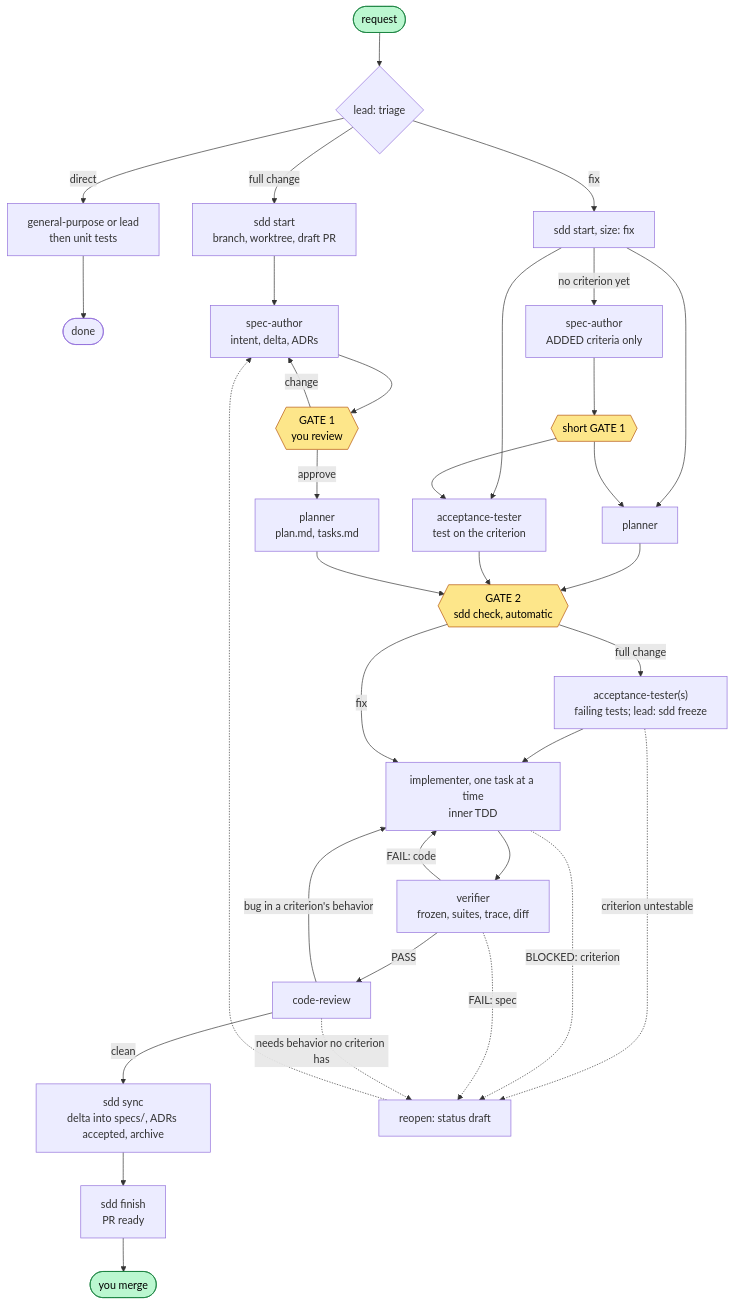
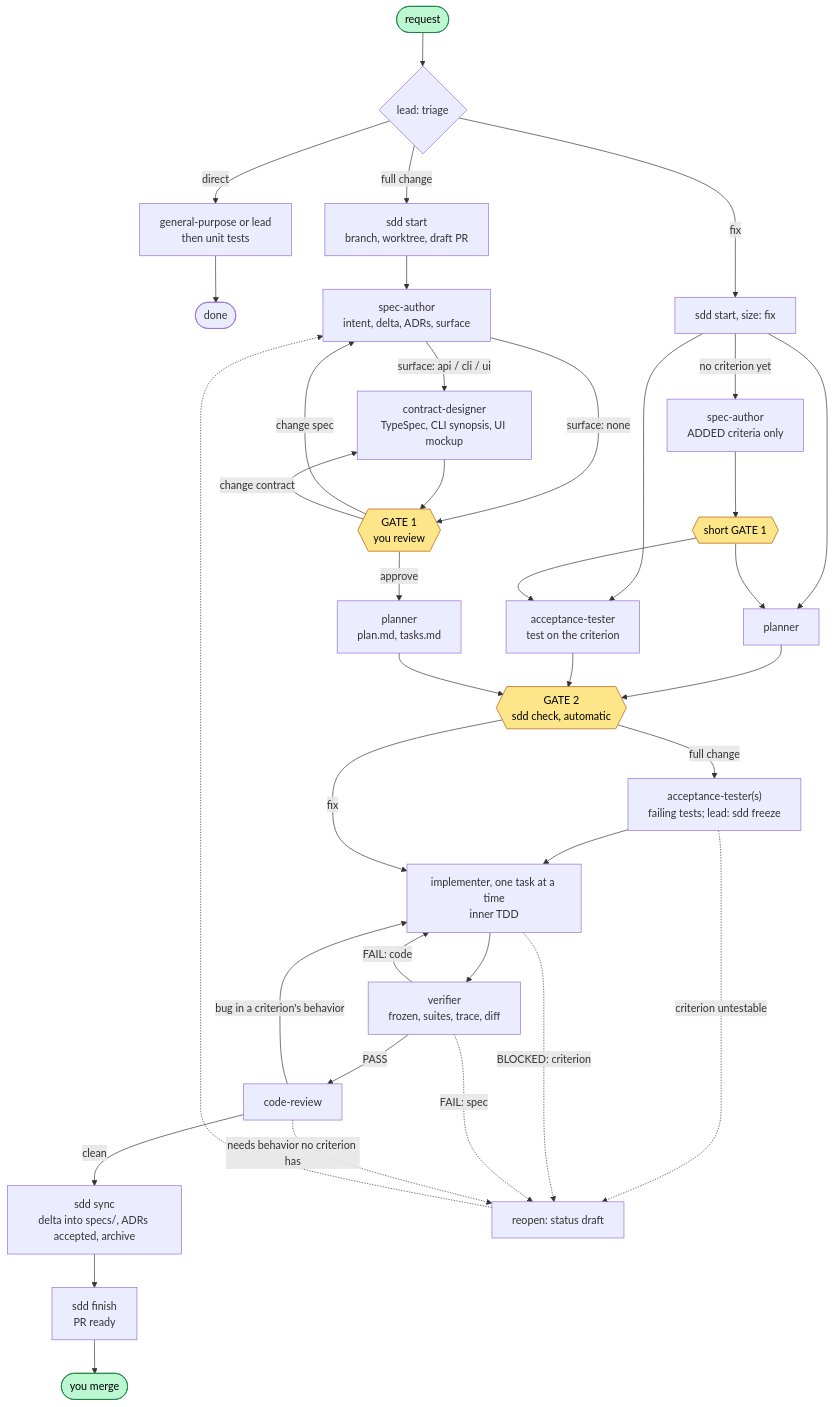
The diagram in plugins/meta/sdd/docs/explanation/workflow-overview.md (gpr/claude-plugins), drawn with Mermaid before and after one commit. The commit also changed other lines of this file and 37 other files, not shown here.

Commit message:
feat(sdd): contract step with TypeSpec API, CLI synopsis and UI mockup (#30)

````diff
--- a/plugins/meta/sdd/docs/explanation/workflow-overview.md
+++ b/plugins/meta/sdd/docs/explanation/workflow-overview.md
@@ -16,38 +16,41 @@
 ```mermaid
 flowchart TD
     R([request]) --> T{"lead: triage"}
     T -- direct --> D["general-purpose or lead<br/>then unit tests"] --> DONE1([done])
     T -- "full change" --> S1["sdd start<br/>branch, worktree, draft PR"]
     T -- fix --> S2["sdd start, size: fix"]
 
-    S1 --> SA["spec-author<br/>intent, delta, ADRs"]
-    SA --> G1{{"GATE 1<br/>you review"}}
-    G1 -- change --> SA
+    S1 --> SA["spec-author<br/>intent, delta, ADRs, surface"]
+    SA -- "surface: api / cli / ui" --> CD["contract-designer<br/>TypeSpec, CLI synopsis, UI mockup"]
+    SA -- "surface: none" --> G1
+    CD --> G1{{"GATE 1<br/>you review"}}
+    G1 -- "change spec" --> SA
+    G1 -- "change contract" --> CD
     G1 -- approve --> PL["planner<br/>plan.md, tasks.md"]
 
     S2 --> PL2["planner"] & AT2["acceptance-tester<br/>test on the criterion"]
     S2 -- "no criterion yet" --> SF["spec-author<br/>ADDED criteria only"] --> GF{{"short GATE 1"}} --> PL2 & AT2
     PL2 & AT2 --> G2
 
     PL --> G2{{"GATE 2<br/>sdd check, automatic"}}
     G2 -- "full change" --> AT["acceptance-tester(s)<br/>failing tests; lead: sdd freeze"]
     AT --> IM
     G2 -- fix --> IM["implementer, one task at a time<br/>inner TDD"]
     IM --> VE["verifier<br/>frozen, suites, trace, diff"]
     VE -- PASS --> CR["code-review"]
     VE -- "FAIL: code" --> IM
     CR -- "bug in a criterion's behavior" --> IM
     CR -- clean --> SY["sdd sync<br/>delta into specs/, ADRs accepted, archive"]
     SY --> FI["sdd finish<br/>PR ready"] --> M([you merge])
 
     AT -. "criterion untestable" .-> RO
     IM -. "BLOCKED: criterion" .-> RO
     VE -. "FAIL: spec" .-> RO
     CR -. "needs behavior no criterion has" .-> RO
     RO["reopen: status draft"] -.-> SA
 
     classDef gate fill:#fde68a,stroke:#b45309,color:#000
     classDef you fill:#bbf7d0,stroke:#15803d,color:#000
     class G1,G2,GF gate
     class R,M you
 ```
````
